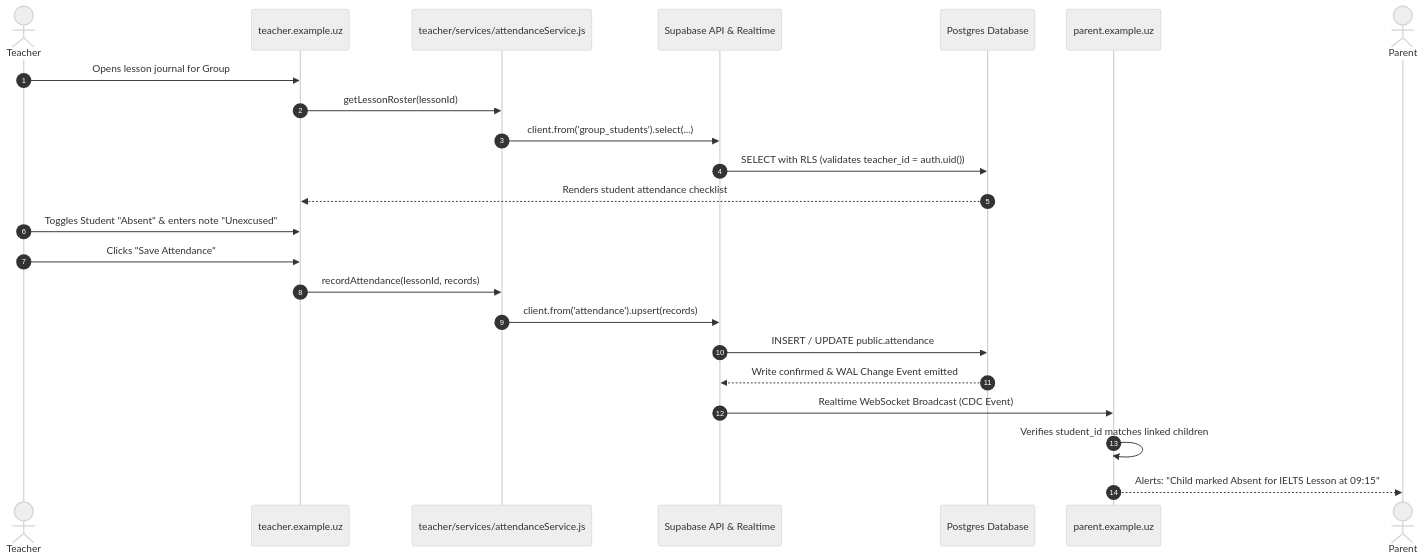
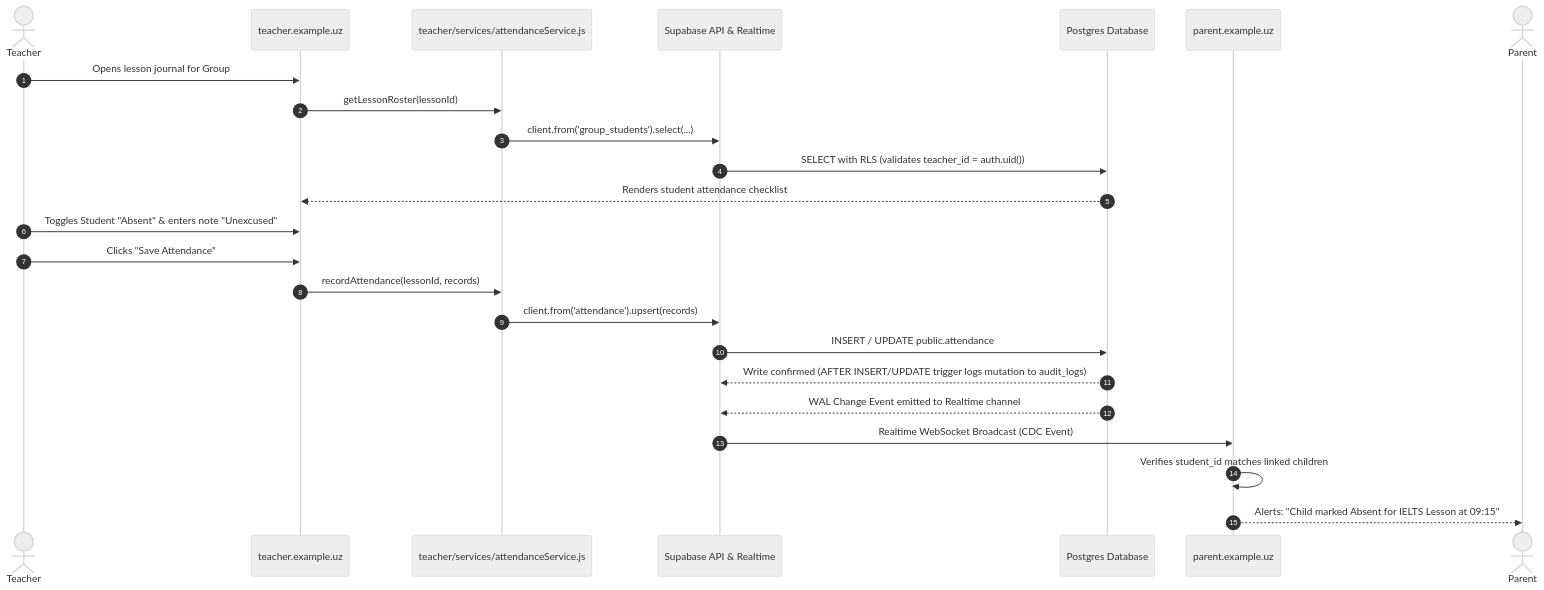
The second of 4 diagrams in docs/architecture/DATA_FLOW.md (abdurahmonr/eduvex), drawn with Mermaid (neutral theme) before and after one commit. The commit also changed other lines of this file and 5 other files, not shown here.

````diff
--- a/docs/architecture/DATA_FLOW.md
+++ b/docs/architecture/DATA_FLOW.md
@@ -45,28 +45,29 @@
 ```mermaid
 sequenceDiagram
     autonumber
     actor Teacher as Teacher
     participant TchApp as teacher.example.uz
     participant TchSvc as teacher/services/attendanceService.js
     participant Supa as Supabase API & Realtime
     participant DB as Postgres Database
     participant ParApp as parent.example.uz
     actor Parent as Parent
 
     Teacher->>TchApp: Opens lesson journal for Group #104
     TchApp->>TchSvc: getLessonRoster(lessonId)
     TchSvc->>Supa: client.from('group_students').select(...)
     Supa->>DB: SELECT with RLS (validates teacher_id = auth.uid())
     DB-->>TchApp: Renders student attendance checklist
 
     Teacher->>TchApp: Toggles Student "Absent" & enters note "Unexcused"
     Teacher->>TchApp: Clicks "Save Attendance"
     TchApp->>TchSvc: recordAttendance(lessonId, records)
     TchSvc->>Supa: client.from('attendance').upsert(records)
     Supa->>DB: INSERT / UPDATE public.attendance
-    DB-->>Supa: Write confirmed & WAL Change Event emitted
+    DB-->>Supa: Write confirmed (AFTER INSERT/UPDATE trigger logs mutation to audit_logs)
+    DB-->>Supa: WAL Change Event emitted to Realtime channel
 
     Supa->>ParApp: Realtime WebSocket Broadcast (CDC Event)
     ParApp->>ParApp: Verifies student_id matches linked children
     ParApp-->>Parent: Alerts: "Child marked Absent for IELTS Lesson at 09:15"
 ```
````
